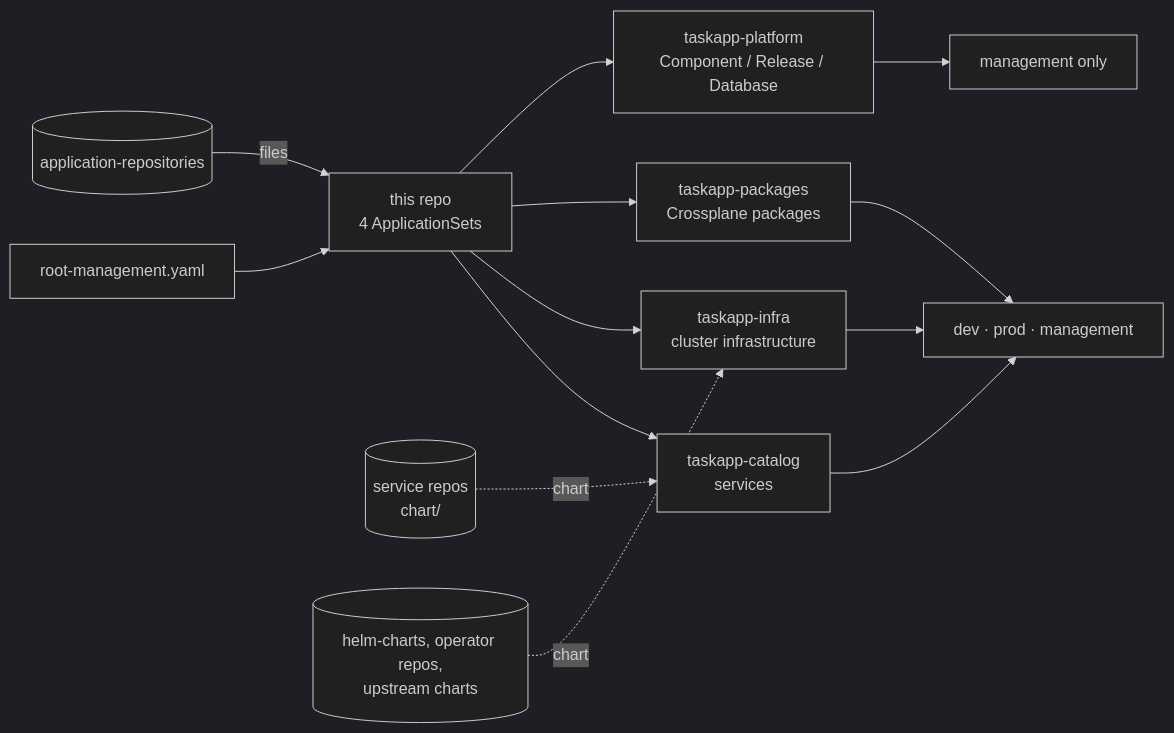
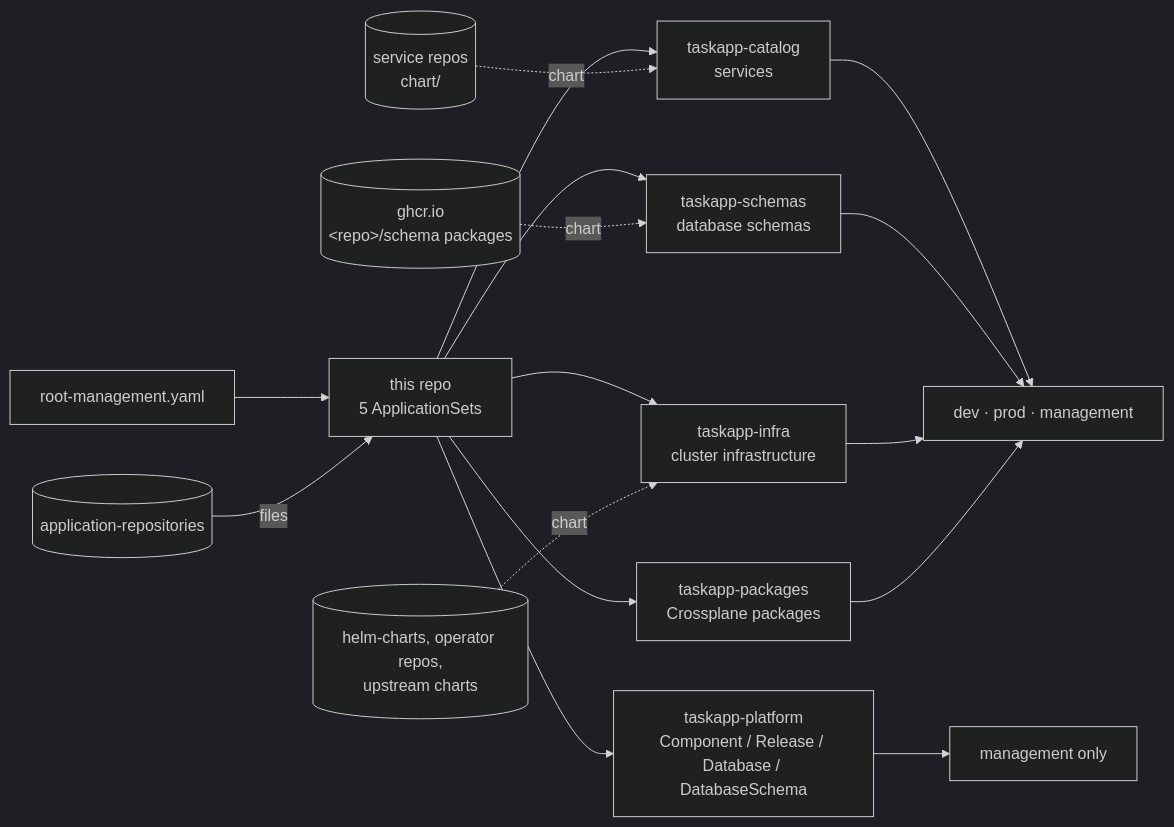
Before and after one commit to entr0pian/argocd: the diagram in README.md, drawn with Mermaid (dark theme). The commit also changed other lines of this file and 1 other file, not shown here.

Commit message:
Add taskapp-schemas ApplicationSet

````diff
--- a/README.md
+++ b/README.md
@@ -18,15 +18,18 @@
 ```mermaid
 flowchart LR
-    ROOT["root-management.yaml"] --> AS["this repo<br/>4 ApplicationSets"]
+    ROOT["root-management.yaml"] --> AS["this repo<br/>5 ApplicationSets"]
     AR[("application-repositories")] -->|files| AS
     AS --> CAT["taskapp-catalog<br/>services"]
     AS --> INF["taskapp-infra<br/>cluster infrastructure"]
     AS --> PKG["taskapp-packages<br/>Crossplane packages"]
-    AS --> PLT["taskapp-platform<br/>Component / Release / Database"]
+    AS --> PLT["taskapp-platform<br/>Component / Release / Database / DatabaseSchema"]
+    AS --> SCH["taskapp-schemas<br/>database schemas"]
     CAT --> WL["dev · prod · management"]
+    SCH --> WL
     INF --> WL
     PKG --> WL
     PLT --> MG["management only"]
     SR[("service repos<br/>chart/")] -.->|chart| CAT
+    SP[("ghcr.io<br/>&lt;repo&gt;/schema packages")] -.->|chart| SCH
     HC[("helm-charts, operator repos,<br/>upstream charts")] -.->|chart| INF
 ```
````
